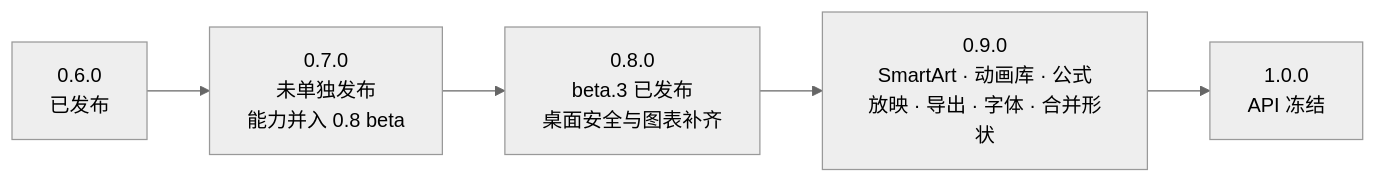
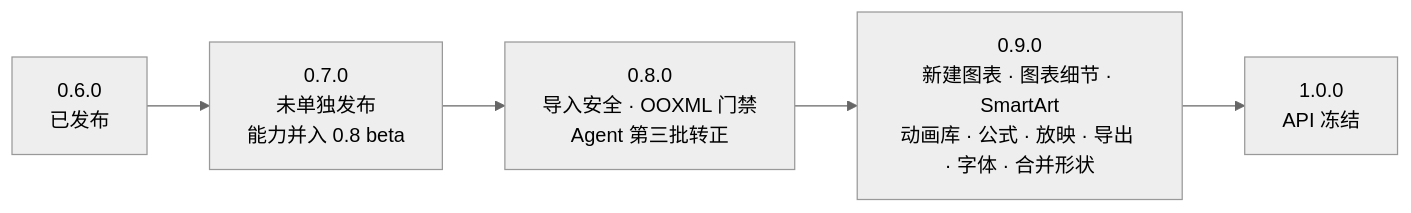
The second of 4 diagrams in docs/roadmap.md (unStone/web-ppt), drawn with Mermaid (neutral theme) before and after one commit. The commit also changed other lines of this file and 130 other files, not shown here.

````diff
--- a/docs/roadmap.md
+++ b/docs/roadmap.md
@@ -190,7 +190,7 @@
 ```mermaid
 flowchart LR
     V6["0.6.0<br/>已发布"] --> V7["0.7.0<br/>未单独发布<br/>能力并入 0.8 beta"]
-    V7 --> V8["0.8.0<br/>beta.3 已发布<br/>桌面安全与图表补齐"]
-    V8 --> V9["0.9.0<br/>SmartArt · 动画库 · 公式<br/>放映 · 导出 · 字体 · 合并形状"]
+    V7 --> V8["0.8.0<br/>导入安全 · OOXML 门禁<br/>Agent 第三批转正"]
+    V8 --> V9["0.9.0<br/>新建图表 · 图表细节 · SmartArt<br/>动画库 · 公式 · 放映 · 导出 · 字体 · 合并形状"]
     V9 --> V1["1.0.0<br/>API 冻结"]
 ```
````
